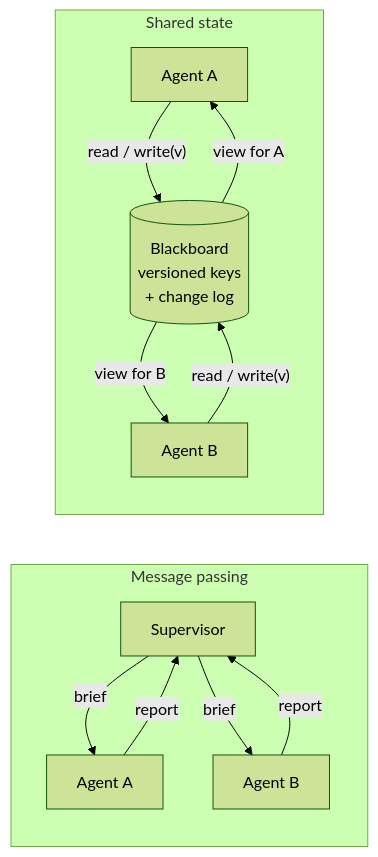
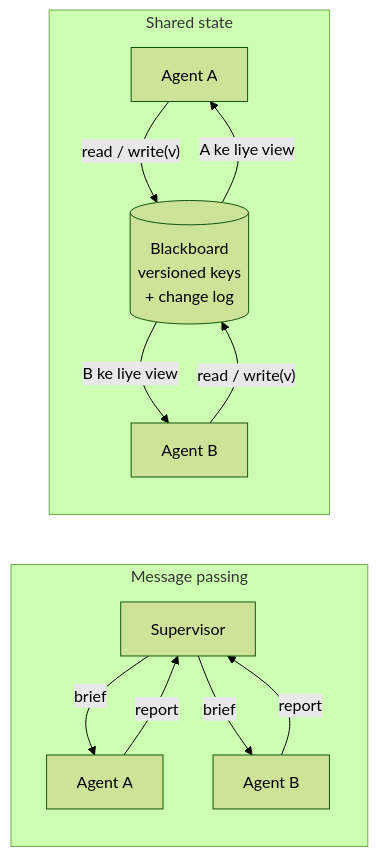
The diagram in docs/10-multi-agent-systems/10.4-shared-state-and-communication.md (asmustechno/agentic-ai-notes), drawn with Mermaid (forest theme) before and after one commit. The commit also changed other lines of this file and 135 other files, not shown here.

````diff
--- a/docs/10-multi-agent-systems/10.4-shared-state-and-communication.md
+++ b/docs/10-multi-agent-systems/10.4-shared-state-and-communication.md
@@ -46,15 +48,15 @@
 ```mermaid
 flowchart LR
     subgraph MP["Message passing"]
         S1[Supervisor] -->|brief| A1[Agent A]
         A1 -->|report| S1
         S1 -->|brief| B1[Agent B]
         B1 -->|report| S1
     end
     subgraph BB["Shared state"]
         A2[Agent A] -->|"read / write(v)"| Board[("Blackboard<br/>versioned keys<br/>+ change log")]
         B2[Agent B] -->|"read / write(v)"| Board
-        Board -->|view for A| A2
-        Board -->|view for B| B2
+        Board -->|A ke liye view| A2
+        Board -->|B ke liye view| B2
     end
 ```
````
